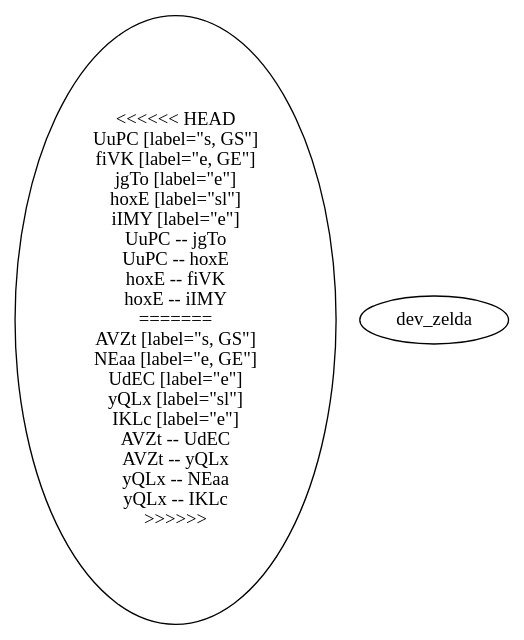
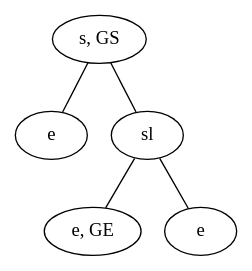
One commit to schrum2/MM-NEAT changed the diagram in data/VGLC/Zelda/rules/1/1_S-E.dot. Above: the diagram before and after it, drawn with Graphviz. The commit also changed 24 other files, not shown here.

```diff
--- a/data/VGLC/Zelda/rules/1/1_S-E.dot
+++ b/data/VGLC/Zelda/rules/1/1_S-E.dot
@@ -1,23 +1,11 @@
 graph {
-<<<<<<< HEAD
-UuPC [label="s, GS"]
-fiVK [label="e, GE"]
-jgTo [label="e"]
-hoxE [label="sl"]
-iIMY [label="e"]
-UuPC -- jgTo
-UuPC -- hoxE
-hoxE -- fiVK
-hoxE -- iIMY
-=======
-AVZt [label="s, GS"]
-NEaa [label="e, GE"]
-UdEC [label="e"]
-yQLx [label="sl"]
-IKLc [label="e"]
-AVZt -- UdEC
-AVZt -- yQLx
-yQLx -- NEaa
-yQLx -- IKLc
->>>>>>> dev_zelda
+TLxh [label="s, GS"]
+eeeW [label="e, GE"]
+Aymp [label="e"]
+eNHC [label="sl"]
+fQYC [label="e"]
+TLxh -- Aymp
+TLxh -- eNHC
+eNHC -- eeeW
+eNHC -- fQYC
 }
```
